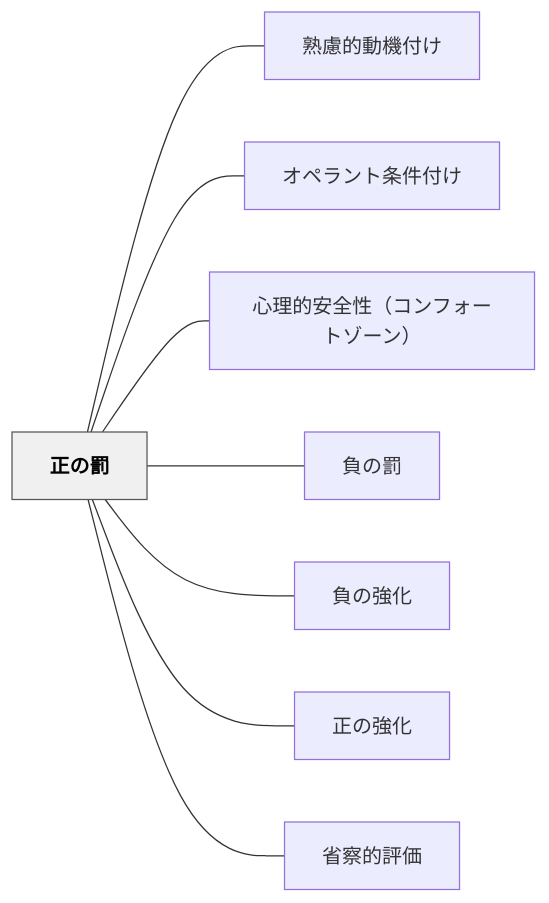
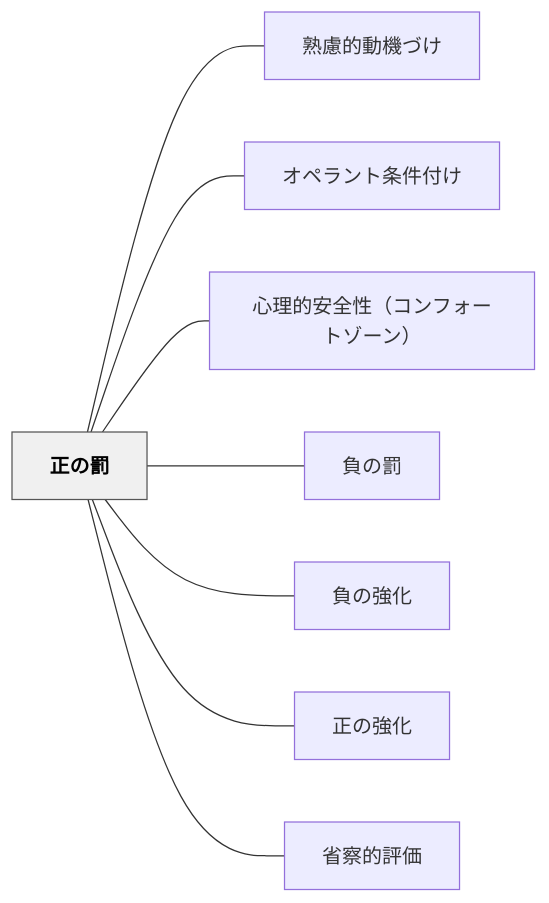
One commit to unknownthings-ed-patterns/unknownthings-ed-patterns changed the diagram in content/パタン/正の罰.md. Above: the diagram before and after it, drawn with Mermaid. The commit also changed other lines of this file and 234 other files, not shown here.

````diff
--- a/content/パタン/正の罰.md
+++ b/content/パタン/正の罰.md
@@ -37,22 +37,22 @@
 ```mermaid
 flowchart LR
     ne6ada3e381aee7bdb0["正の罰"]
-    ne7869fe685aee79a84e58b95e6a99fe4bb98e38191["熟慮的動機付け"]
+    ne7869fe685aee79a84e58b95e6a99fe381a5e38191["熟慮的動機づけ"]
     ne382aae3839ae383a9e383b3e38388e69da1e4bbb6e4bb98e38191["オペラント条件付け"]
     ne5bf83e79086e79a84e5ae89e585a8e680a7efbc88e382b3e383b3e38395e382a9e383bce38388e382bee383bce383b3efbc89["心理的安全性（コンフォートゾーン）"]
     ne8b2a0e381aee7bdb0["負の罰"]
     ne8b2a0e381aee5bcb7e58c96["負の強化"]
     ne6ada3e381aee5bcb7e58c96["正の強化"]
     ne79c81e5af9fe79a84e8a995e4bea1["省察的評価"]
 
-    ne6ada3e381aee7bdb0 --- ne7869fe685aee79a84e58b95e6a99fe4bb98e38191
+    ne6ada3e381aee7bdb0 --- ne7869fe685aee79a84e58b95e6a99fe381a5e38191
     ne6ada3e381aee7bdb0 --- ne382aae3839ae383a9e383b3e38388e69da1e4bbb6e4bb98e38191
     ne6ada3e381aee7bdb0 --- ne5bf83e79086e79a84e5ae89e585a8e680a7efbc88e382b3e383b3e38395e382a9e383bce38388e382bee383bce383b3efbc89
     ne6ada3e381aee7bdb0 --- ne8b2a0e381aee7bdb0
     ne6ada3e381aee7bdb0 --- ne8b2a0e381aee5bcb7e58c96
     ne6ada3e381aee7bdb0 --- ne6ada3e381aee5bcb7e58c96
     ne6ada3e381aee7bdb0 --- ne79c81e5af9fe79a84e8a995e4bea1
 
     classDef hub fill:#f0f0f0,stroke:#555,color:#000,font-weight:bold
     class ne6ada3e381aee7bdb0 hub
 ```
````
